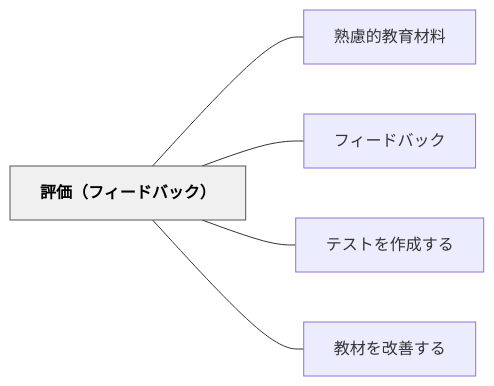
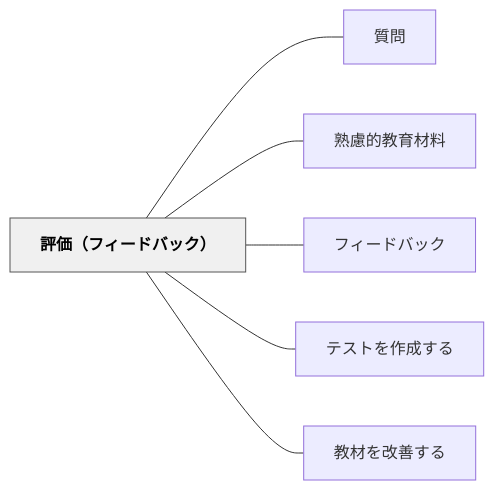
One commit to unknownthings-ed-patterns/unknownthings-ed-patterns changed the diagram in content/パタン/評価（フィードバック）.md. Above: the diagram before and after it, drawn with Mermaid. The commit also changed other lines of this file and 473 other files, not shown here.

````diff
--- a/content/パタン/評価（フィードバック）.md
+++ b/content/パタン/評価（フィードバック）.md
@@ -45,16 +46,18 @@
 ```mermaid
 flowchart LR
     ne8a995e4bea1["評価（フィードバック）"]
+    ne8b3aae5958f["質問"]
     ne7869fe685ae["熟慮的教育材料"]
     ne38395e382a3["フィードバック"]
     ne38386e382b9["テストを作成する"]
     ne69599e69d90["教材を改善する"]
 
+    ne8a995e4bea1 --- ne8b3aae5958f
     ne8a995e4bea1 --- ne7869fe685ae
     ne8a995e4bea1 --- ne38395e382a3
     ne8a995e4bea1 --- ne38386e382b9
     ne8a995e4bea1 --- ne69599e69d90
 
     classDef hub fill:#f0f0f0,stroke:#555,color:#000,font-weight:bold
     class ne8a995e4bea1 hub
 ```
````
